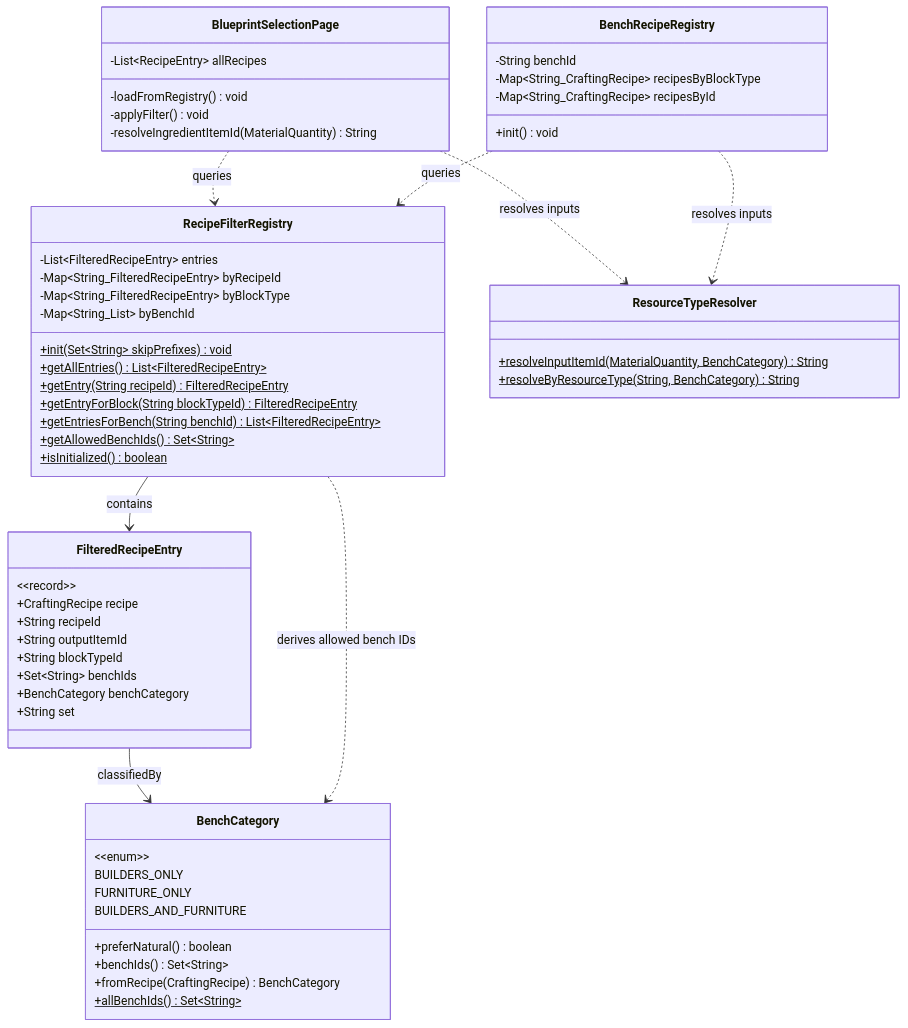
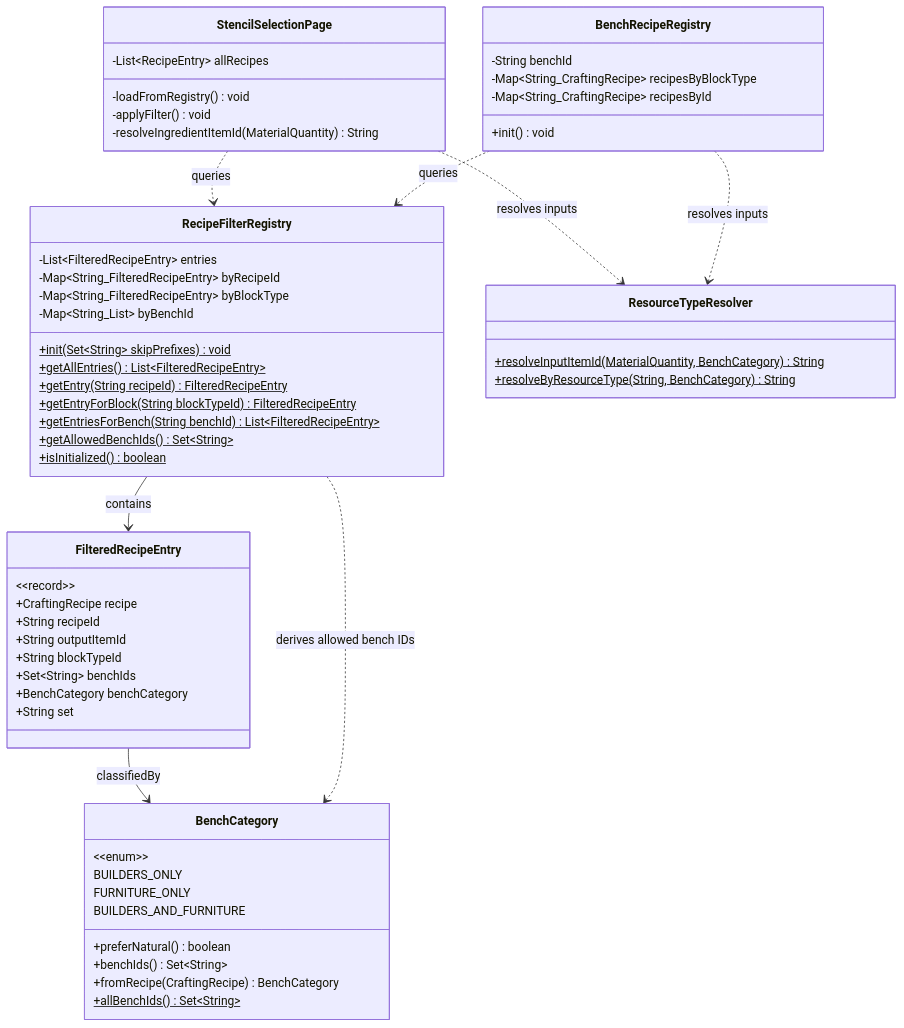
One commit to TheCodeCreature/Hytale-Example-Plugin changed the first of 3 diagrams in docs/Plans/design-recipe-filter-registry.md. Above: the diagram before and after it, drawn with Mermaid. The commit also changed other lines of this file and 289 other files, not shown here.

````diff
--- a/docs/Plans/design-recipe-filter-registry.md
+++ b/docs/Plans/design-recipe-filter-registry.md
@@ -19,65 +19,65 @@
 ```mermaid
 classDiagram
     class RecipeFilterRegistry {
         -List~FilteredRecipeEntry~ entries
         -Map~String_FilteredRecipeEntry~ byRecipeId
         -Map~String_FilteredRecipeEntry~ byBlockType
         -Map~String_List~ byBenchId
         +init(Set~String~ skipPrefixes)$ void
         +getAllEntries()$ List~FilteredRecipeEntry~
         +getEntry(String recipeId)$ FilteredRecipeEntry
         +getEntryForBlock(String blockTypeId)$ FilteredRecipeEntry
         +getEntriesForBench(String benchId)$ List~FilteredRecipeEntry~
         +getAllowedBenchIds()$ Set~String~
         +isInitialized()$ boolean
     }
 
     class FilteredRecipeEntry {
         &lt;&lt;record&gt;&gt;
         +CraftingRecipe recipe
         +String recipeId
         +String outputItemId
         +String blockTypeId
         +Set~String~ benchIds
         +BenchCategory benchCategory
         +String set
     }
 
     class BenchCategory {
         &lt;&lt;enum&gt;&gt;
         BUILDERS_ONLY
         FURNITURE_ONLY
         BUILDERS_AND_FURNITURE
         +preferNatural() boolean
         +benchIds() Set~String~
         +fromRecipe(CraftingRecipe) BenchCategory
         +allBenchIds()$ Set~String~
     }
 
-    class BlueprintSelectionPage {
+    class StencilSelectionPage {
         -List~RecipeEntry~ allRecipes
         -loadFromRegistry() void
         -applyFilter() void
         -resolveIngredientItemId(MaterialQuantity) String
     }
 
     class BenchRecipeRegistry {
         -String benchId
         -Map~String_CraftingRecipe~ recipesByBlockType
         -Map~String_CraftingRecipe~ recipesById
         +init() void
     }
 
     class ResourceTypeResolver {
         +resolveInputItemId(MaterialQuantity, BenchCategory)$ String
         +resolveByResourceType(String, BenchCategory)$ String
     }
 
     RecipeFilterRegistry --> FilteredRecipeEntry : contains
     FilteredRecipeEntry --> BenchCategory : classifiedBy
-    BlueprintSelectionPage ..> RecipeFilterRegistry : queries
+    StencilSelectionPage ..> RecipeFilterRegistry : queries
     BenchRecipeRegistry ..> RecipeFilterRegistry : queries
-    BlueprintSelectionPage ..> ResourceTypeResolver : resolves inputs
+    StencilSelectionPage ..> ResourceTypeResolver : resolves inputs
     BenchRecipeRegistry ..> ResourceTypeResolver : resolves inputs
     RecipeFilterRegistry ..> BenchCategory : derives allowed bench IDs
 ```
````
